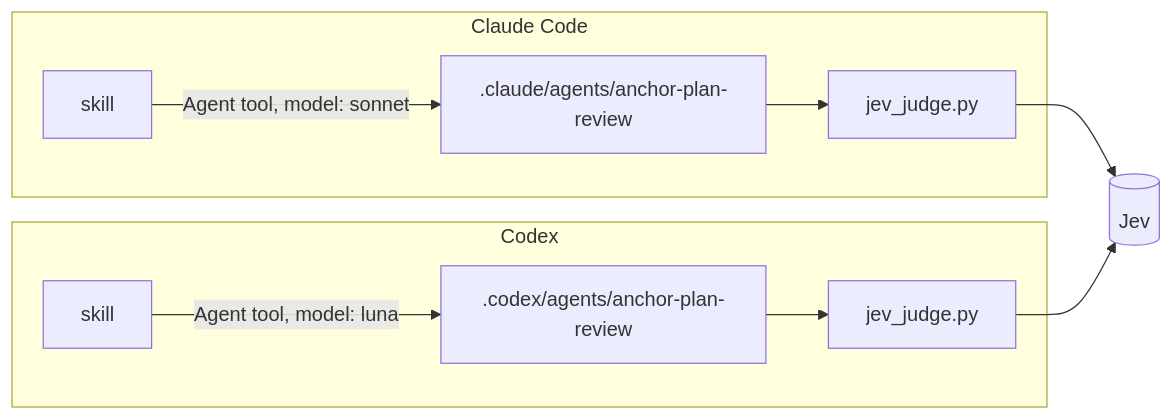
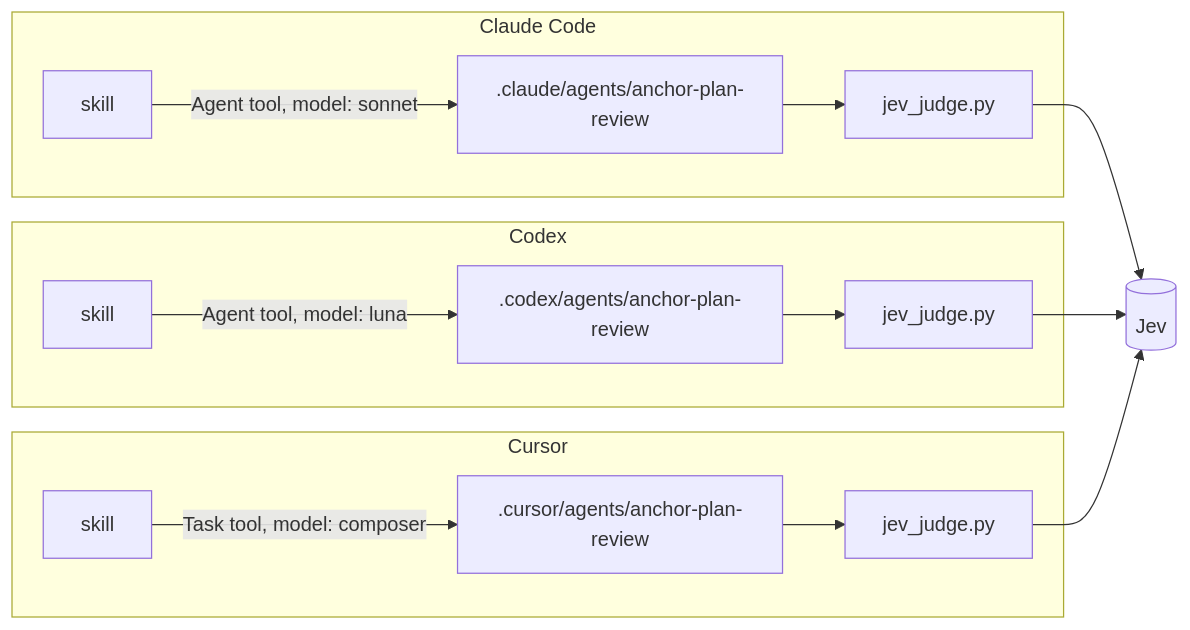
The fifth of 5 diagrams in docs/design/architecture-and-call-graphs.md (ehrvs/plan-anchor), drawn with Mermaid before and after one commit. The commit also changed other lines of this file and 24 other files, not shown here.

First line of the commit message:
feat(plan-anchor): package Cursor gates on Composer and Grok high

````diff
--- a/docs/design/architecture-and-call-graphs.md
+++ b/docs/design/architecture-and-call-graphs.md
@@ -216,11 +216,15 @@
 ```mermaid
 flowchart LR
     subgraph CC["Claude Code"]
         S1["skill"] -- "Agent tool, model: sonnet" --> A1[".claude/agents/anchor-plan-review"] --> J1["jev_judge.py"]
     end
     subgraph CX["Codex"]
         S2["skill"] -- "Agent tool, model: luna" --> A2[".codex/agents/anchor-plan-review"] --> J2["jev_judge.py"]
     end
+    subgraph CU["Cursor"]
+        S3["skill"] -- "Task tool, model: composer" --> A3[".cursor/agents/anchor-plan-review"] --> J3["jev_judge.py"]
+    end
     J1 --> Jev[("Jev")]
     J2 --> Jev
+    J3 --> Jev
 ```
````
